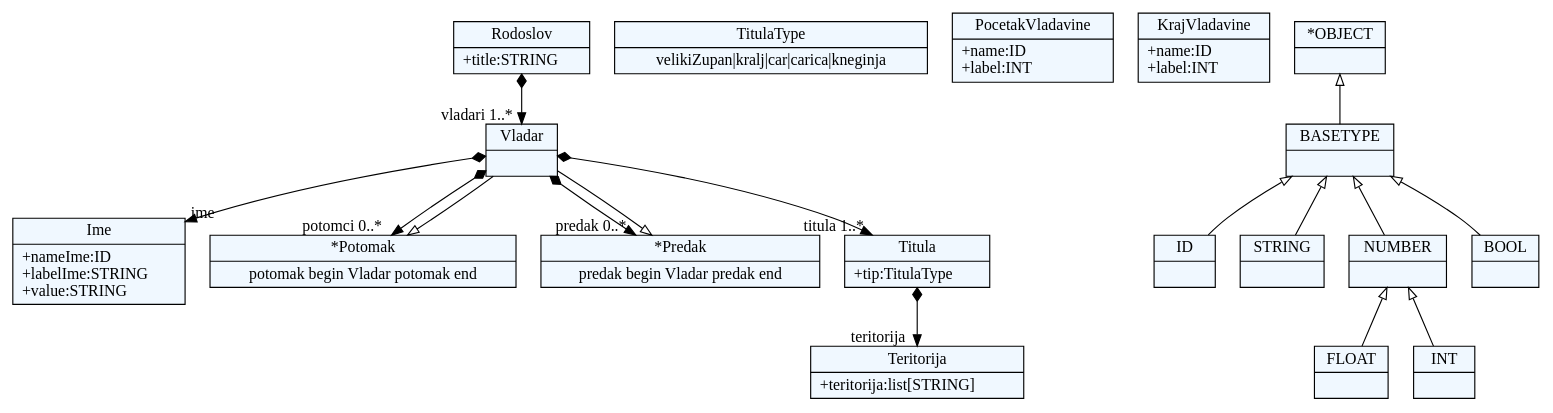
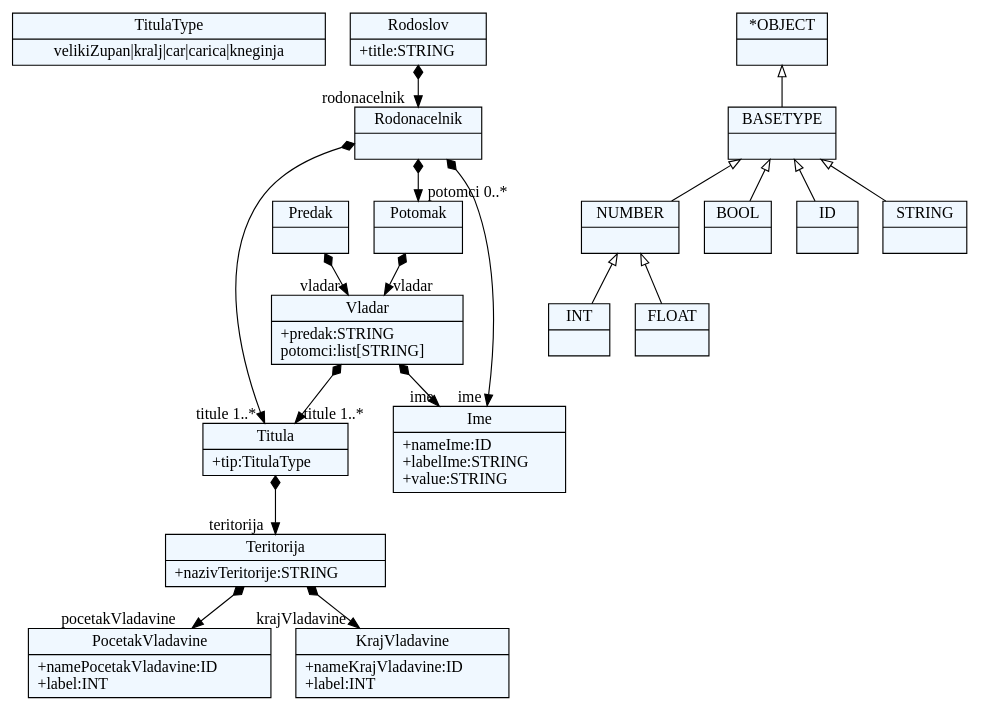
One commit to milenaL9/JSD_2017 changed the diagram in Projekat/forms/forms.dot. Above: the diagram before and after it, drawn with Graphviz. The commit also changed 8 other files, not shown here.

```diff
--- a/Projekat/forms/forms.dot
+++ b/Projekat/forms/forms.dot
@@ -1,66 +1,71 @@
 
     digraph xtext {
     fontname = "Bitstream Vera Sans"
     fontsize = 8
     node[
         shape=record,
         style=filled,
         fillcolor=aliceblue
     ]
     nodesep = 0.3
     edge[dir=black,arrowtail=empty]
 
 
-20864728 -> 20856232[arrowtail=diamond, dir=both, headlabel="vladari 1..*"]
-20864728[ label="{Rodoslov|+title:STRING\l}"]
+52305096[ label="{TitulaType|velikiZupan\|kralj\|car\|carica\|kneginja}"]
 
-20872280[ label="{Ime|+nameIme:ID\l+labelIme:STRING\l+value:STRING\l}"]
+52302264 -> 52307928[arrowtail=diamond, dir=both, headlabel="teritorija "]
+52302264[ label="{Titula|+tip:TitulaType\l}"]
 
-20877944[ label="{TitulaType|velikiZupan\|kralj\|car\|carica\|kneginja}"]
+52307928 -> 52310760[arrowtail=diamond, dir=both, headlabel="pocetakVladavine "]
+52307928 -> 52313592[arrowtail=diamond, dir=both, headlabel="krajVladavine "]
+52307928[ label="{Teritorija|+nazivTeritorije:STRING\l}"]
 
-20892104[ label="{*Potomak|potomak begin Vladar potomak end}"]
-20892104 -> 20856232 [dir=back]
+52310760[ label="{PocetakVladavine|+namePocetakVladavine:ID\l+label:INT\l}"]
 
-20889272[ label="{*Predak|predak begin Vladar predak end}"]
-20889272 -> 20856232 [dir=back]
+52289048 -> 52280552[arrowtail=diamond, dir=both, headlabel="rodonacelnik "]
+52289048[ label="{Rodoslov|+title:STRING\l}"]
 
-20883608[ label="{PocetakVladavine|+name:ID\l+label:INT\l}"]
+52296600 -> 52299432[arrowtail=diamond, dir=both, headlabel="ime "]
+52296600 -> 52302264[arrowtail=diamond, dir=both, headlabel="titule 1..*"]
+52296600[ label="{Vladar|+predak:STRING\lpotomci:list[STRING]\l}"]
 
-20875112 -> 20880776[arrowtail=diamond, dir=both, headlabel="teritorija "]
-20875112[ label="{Titula|+tip:TitulaType\l}"]
+52306984 -> 52296600[arrowtail=diamond, dir=both, headlabel="vladar "]
+52306984[ label="{Predak|}"]
 
-20880776[ label="{Teritorija|+teritorija:list[STRING]\l}"]
+52299432[ label="{Ime|+nameIme:ID\l+labelIme:STRING\l+value:STRING\l}"]
 
-20856232 -> 20872280[arrowtail=diamond, dir=both, headlabel="ime "]
-20856232 -> 20875112[arrowtail=diamond, dir=both, headlabel="titula 1..*"]
-20856232 -> 20889272[arrowtail=diamond, dir=both, headlabel="predak 0..*"]
-20856232 -> 20892104[arrowtail=diamond, dir=both, headlabel="potomci 0..*"]
-20856232[ label="{Vladar|}"]
+52280552 -> 52299432[arrowtail=diamond, dir=both, headlabel="ime "]
+52280552 -> 52302264[arrowtail=diamond, dir=both, headlabel="titule 1..*"]
+52280552 -> 52298488[arrowtail=diamond, dir=both, headlabel="potomci 0..*"]
+52280552[ label="{Rodonacelnik|}"]
 
-20886440[ label="{KrajVladavine|+name:ID\l+label:INT\l}"]
+52298488 -> 52296600[arrowtail=diamond, dir=both, headlabel="vladar "]
+52298488[ label="{Potomak|}"]
 
-20851512[ label="{ID|}"]
+52313592[ label="{KrajVladavine|+nameKrajVladavine:ID\l+label:INT\l}"]
 
-20854344[ label="{STRING|}"]
+52284328[ label="{INT|}"]
 
-20871336[ label="{*OBJECT|}"]
-20871336 -> 20868504 [dir=back]
+52292824[ label="{BASETYPE|}"]
+52292824 -> 52289992 [dir=back]
+52292824 -> 52281496 [dir=back]
+52292824 -> 52275832 [dir=back]
+52292824 -> 52278664 [dir=back]
 
-20865672[ label="{NUMBER|}"]
-20865672 -> 20862840 [dir=back]
-20865672 -> 20860008 [dir=back]
+52289992[ label="{NUMBER|}"]
+52289992 -> 52287160 [dir=back]
+52289992 -> 52284328 [dir=back]
 
-20857176[ label="{BOOL|}"]
+52287160[ label="{FLOAT|}"]
 
-20860008[ label="{INT|}"]
+52275832[ label="{ID|}"]
 
-20868504[ label="{BASETYPE|}"]
-20868504 -> 20865672 [dir=back]
-20868504 -> 20857176 [dir=back]
-20868504 -> 20851512 [dir=back]
-20868504 -> 20854344 [dir=back]
+52295656[ label="{*OBJECT|}"]
+52295656 -> 52292824 [dir=back]
 
-20862840[ label="{FLOAT|}"]
+52281496[ label="{BOOL|}"]
+
+52278664[ label="{STRING|}"]
 
 
 }
```
